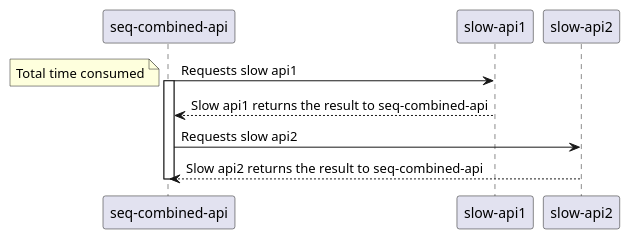
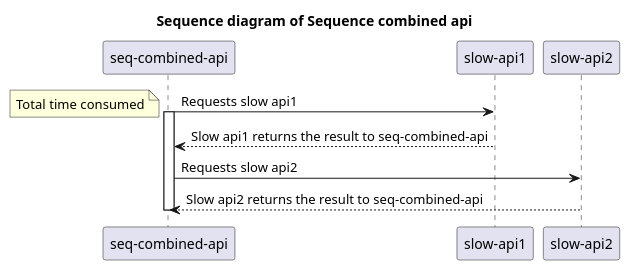
One commit to lijiele/parallel-test changed the diagram in src/docs/uml/seq.plantuml. Above: the diagram before and after it, drawn with PlantUML. The commit also changed 10 other files, not shown here.

```diff
--- a/src/docs/uml/seq.plantuml
+++ b/src/docs/uml/seq.plantuml
@@ -1,14 +1,15 @@
 @startuml
+title Sequence diagram of Sequence combined api
 participant "seq-combined-api" as seq
 participant "slow-api1" as api1
 participant "slow-api2" as api2
 seq -> api1: Requests slow api1
 activate seq
 note left
 Total time consumed
 end note
 api1 --> seq: Slow api1 returns the result to seq-combined-api
 seq -> api2: Requests slow api2
 api2 --> seq: Slow api2 returns the result to seq-combined-api
 deactivate seq
 @enduml
```
